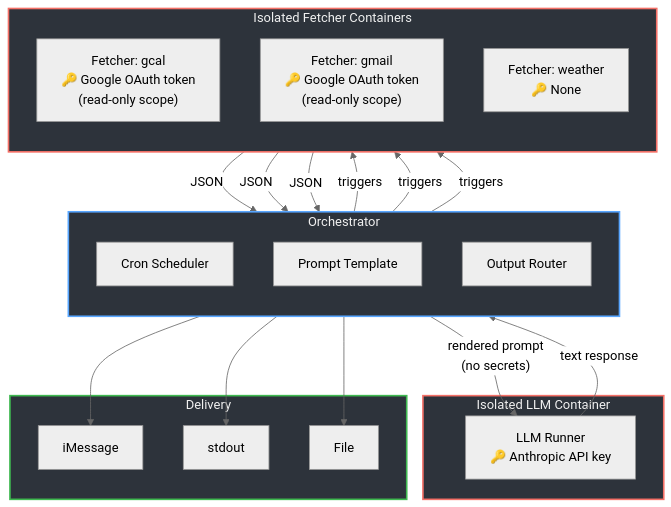
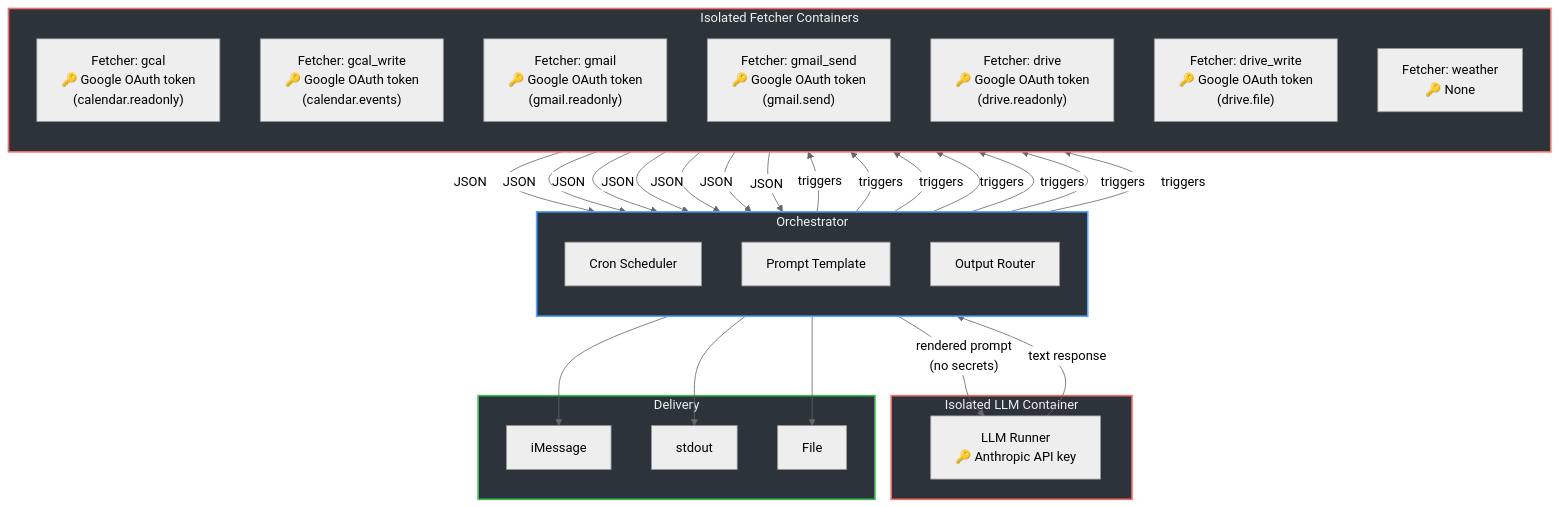
One commit to Creel-ai/creel changed the diagram in README.md. Above: the diagram before and after it, drawn with Mermaid (neutral theme). The commit also changed other lines of this file and 14 other files, not shown here.

First line of the commit message:
Add write-capable Google services: gcal_write, gmail_send, drive, drive_write

````diff
--- a/README.md
+++ b/README.md
@@ -21,43 +25,55 @@
 ```mermaid
 flowchart TD
     subgraph orch["Orchestrator"]
         direction TB
         schedule["Cron Scheduler"]
         template["Prompt Template"]
         output["Output Router"]
     end
 
     subgraph fetchers["Isolated Fetcher Containers"]
         direction TB
-        gcal["Fetcher: gcal\n🔑 Google OAuth token\n(read-only scope)"]
-        gmail["Fetcher: gmail\n🔑 Google OAuth token\n(read-only scope)"]
+        gcal["Fetcher: gcal\n🔑 Google OAuth token\n(calendar.readonly)"]
+        gcal_w["Fetcher: gcal_write\n🔑 Google OAuth token\n(calendar.events)"]
+        gmail["Fetcher: gmail\n🔑 Google OAuth token\n(gmail.readonly)"]
+        gmail_s["Fetcher: gmail_send\n🔑 Google OAuth token\n(gmail.send)"]
+        drive["Fetcher: drive\n🔑 Google OAuth token\n(drive.readonly)"]
+        drive_w["Fetcher: drive_write\n🔑 Google OAuth token\n(drive.file)"]
         weather["Fetcher: weather\n🔑 None"]
     end
 
     subgraph llm_container["Isolated LLM Container"]
         llm["LLM Runner\n🔑 Anthropic API key"]
     end
 
     subgraph outputs["Delivery"]
         imsg["iMessage"]
         stdout["stdout"]
         file["File"]
     end
 
     schedule -- "triggers" --> gcal
+    schedule -- "triggers" --> gcal_w
     schedule -- "triggers" --> gmail
+    schedule -- "triggers" --> gmail_s
+    schedule -- "triggers" --> drive
+    schedule -- "triggers" --> drive_w
     schedule -- "triggers" --> weather
     gcal -- "JSON" --> template
+    gcal_w -- "JSON" --> template
     gmail -- "JSON" --> template
+    gmail_s -- "JSON" --> template
+    drive -- "JSON" --> template
+    drive_w -- "JSON" --> template
     weather -- "JSON" --> template
     template -- "rendered prompt\n(no secrets)" --> llm
     llm -- "text response" --> output
     output --> imsg
     output --> stdout
     output --> file
 
     style fetchers fill:#2d333b,stroke:#f47067,stroke-width:2px,color:#f0f0f0
     style llm_container fill:#2d333b,stroke:#f47067,stroke-width:2px,color:#f0f0f0
     style orch fill:#2d333b,stroke:#58a6ff,stroke-width:2px,color:#f0f0f0
     style outputs fill:#2d333b,stroke:#3fb950,stroke-width:2px,color:#f0f0f0
 ```
````
